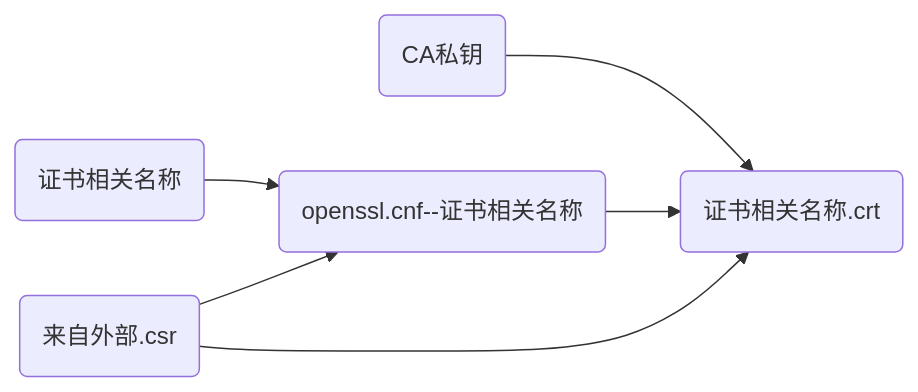
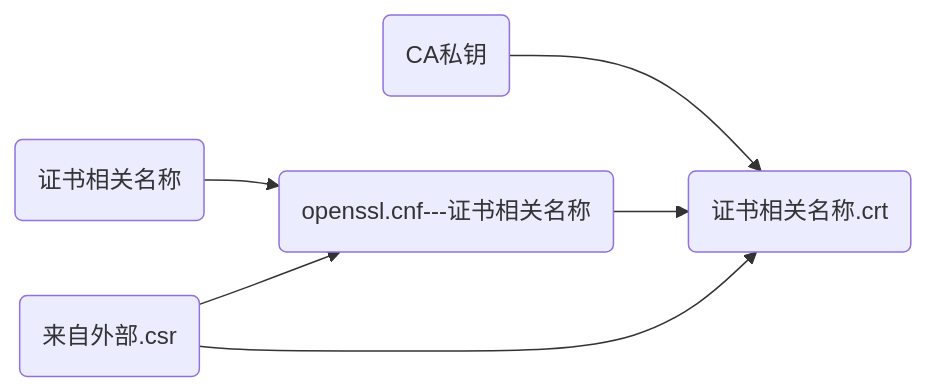
One commit to kevinzu007/zzxia-openssl-ca-server changed the fifth of 5 diagrams in README.md. Above: the diagram before and after it, drawn with Mermaid. The commit also changed other lines of this file, not shown here.

````diff
--- a/README.md
+++ b/README.md
@@ -259,10 +260,10 @@
 ```mermaid
 graph LR;
 0(CA私钥)
 1(证书相关名称)
-1-->3(openssl.cnf--证书相关名称)
+1-->3(openssl.cnf---证书相关名称)
 5(来自外部.csr)-->3
 5-->6(证书相关名称.crt)
 3-->6
 0-->6
 ```
````
